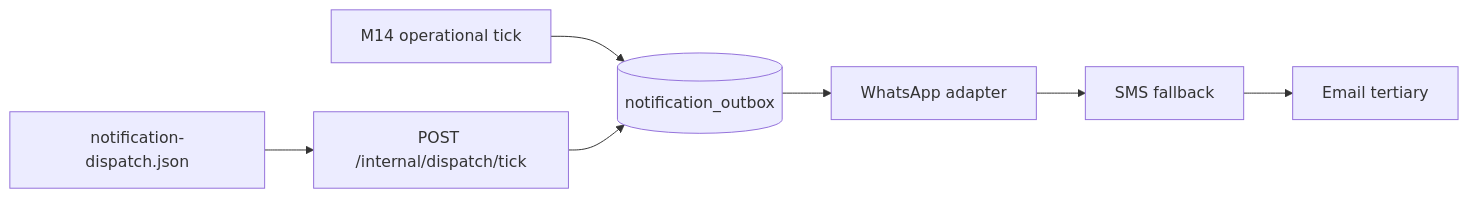
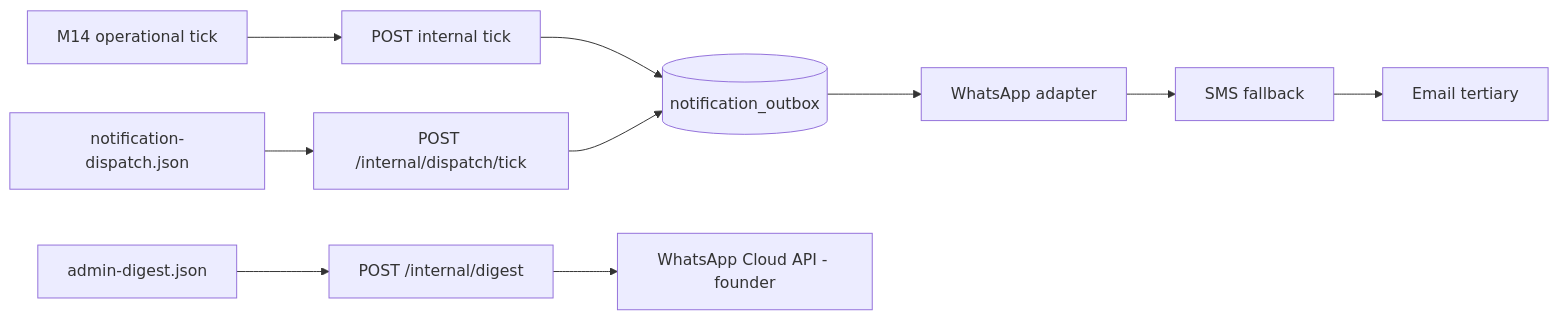
Before and after one commit to KaluMuso/Convergeo: the diagram in docs/ops/n8n-workflows.md, drawn with Mermaid. The commit also changed other lines of this file and 4 other files, not shown here.

First line of the commit message:
feat(admin): m13-p11 n8n admin digest and workflow registry

````diff
--- a/docs/ops/n8n-workflows.md
+++ b/docs/ops/n8n-workflows.md
@@ -61,9 +89,12 @@
 ```mermaid
 flowchart LR
-  n8n_tick[M14 operational tick] --> outbox[(notification_outbox)]
+  n8n_tick[M14 operational tick] --> api_enqueue[POST internal tick]
+  api_enqueue --> outbox[(notification_outbox)]
   dispatch[notification-dispatch.json] --> api_dispatch[POST /internal/dispatch/tick]
   api_dispatch --> outbox
   outbox --> wa[WhatsApp adapter]
   wa --> sms[SMS fallback]
   sms --> email[Email tertiary]
+  digest[admin-digest.json] --> api_digest[POST /internal/digest]
+  api_digest --> wa_direct[WhatsApp Cloud API - founder]
 ```
````
